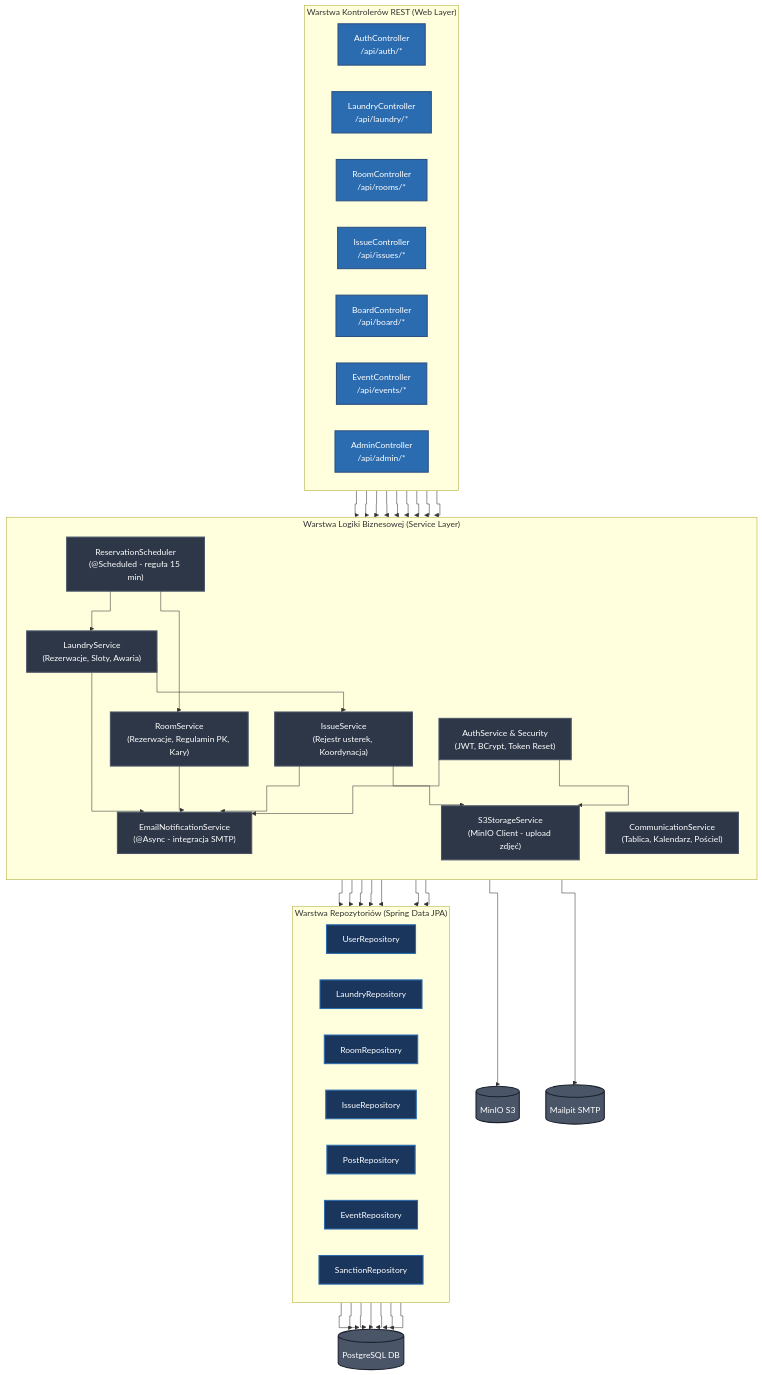
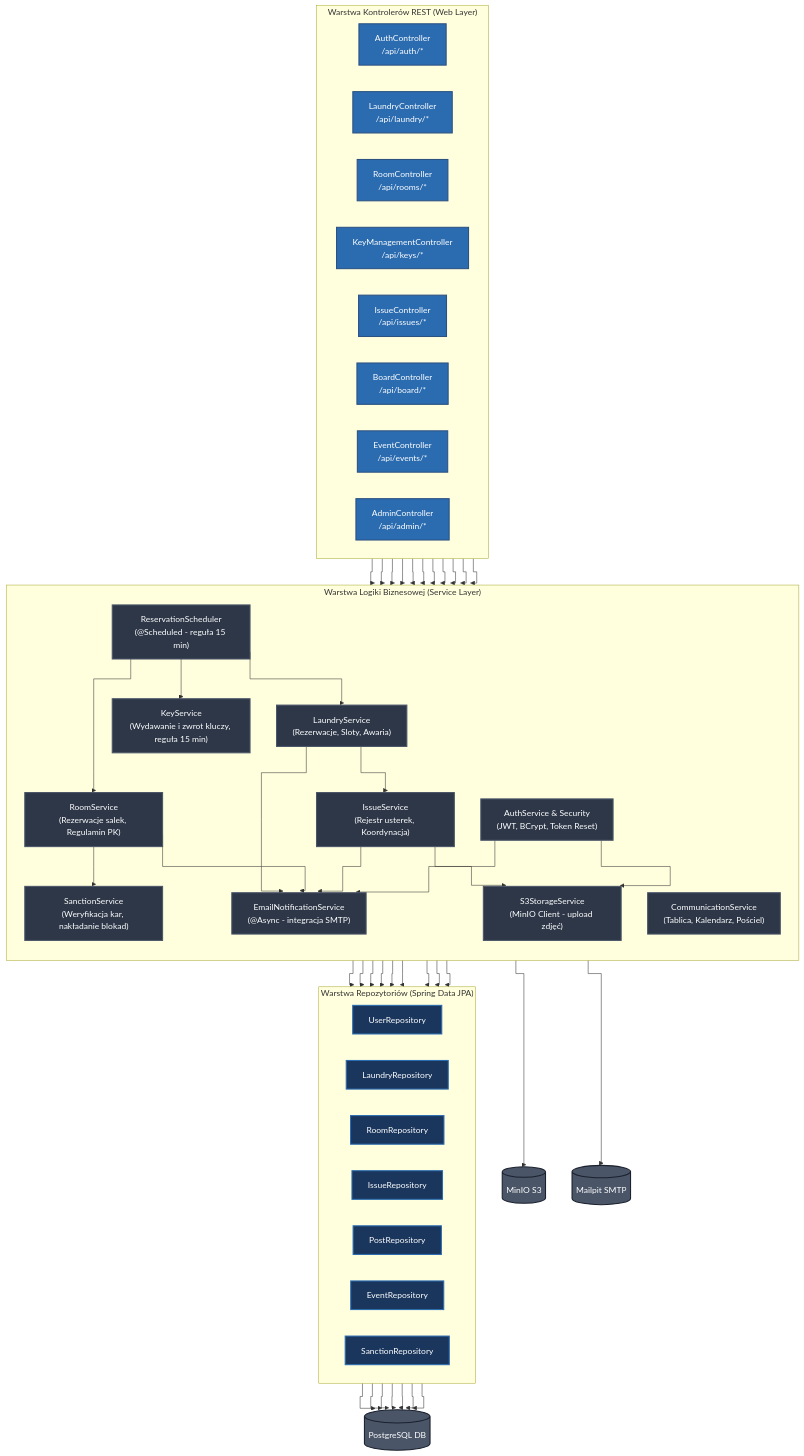
The third of 3 diagrams in Docs/Diagram_Komponentow_C4.md (Buczy8/PKampus), drawn with Mermaid before and after one commit.

Commit message:
docs: update C4 diagram to include KeyManagementController and KeyService, enhancing clarity on key management interactions

```diff
--- a/Docs/Diagram_Komponentow_C4.md
+++ b/Docs/Diagram_Komponentow_C4.md
@@ -103,6 +103,7 @@
         C_AUTH["AuthController<br/>/api/auth/*"]:::ctrlStyle
         C_LAUND["LaundryController<br/>/api/laundry/*"]:::ctrlStyle
         C_ROOM["RoomController<br/>/api/rooms/*"]:::ctrlStyle
+        C_KEY["KeyManagementController<br/>/api/keys/*"]:::ctrlStyle
         C_ISSUE["IssueController<br/>/api/issues/*"]:::ctrlStyle
         C_BOARD["BoardController<br/>/api/board/*"]:::ctrlStyle
         C_EVENT["EventController<br/>/api/events/*"]:::ctrlStyle
@@ -113,7 +114,9 @@
         direction TB
         S_AUTH["AuthService & Security<br/>(JWT, BCrypt, Token Reset)"]:::svcStyle
         S_LAUND["LaundryService<br/>(Rezerwacje, Sloty, Awaria)"]:::svcStyle
-        S_ROOM["RoomService<br/>(Rezerwacje, Regulamin PK, Kary)"]:::svcStyle
+        S_ROOM["RoomService<br/>(Rezerwacje salek, Regulamin PK)"]:::svcStyle
+        S_KEY["KeyService<br/>(Wydawanie i zwrot kluczy, reguła 15 min)"]:::svcStyle
+        S_SANC["SanctionService<br/>(Weryfikacja kar, nakładanie blokad)"]:::svcStyle
         S_ISSUE["IssueService<br/>(Rejestr usterek, Koordynacja)"]:::svcStyle
         S_COMM["CommunicationService<br/>(Tablica, Kalendarz, Pościel)"]:::svcStyle
         S_SCHED["ReservationScheduler<br/>(@Scheduled - reguła 15 min)"]:::svcStyle
@@ -140,14 +143,17 @@
     C_AUTH --> S_AUTH
     C_LAUND --> S_LAUND
     C_ROOM --> S_ROOM
+    C_KEY --> S_KEY
     C_ISSUE --> S_ISSUE
     C_BOARD --> S_COMM
     C_EVENT --> S_COMM
     C_ADMIN --> S_AUTH
     C_ADMIN --> S_LAUND
     C_ADMIN --> S_ROOM
+    C_ADMIN --> S_SANC
 
     %% Koordynacja między serwisami
+    S_ROOM --> S_SANC
     S_LAUND --> S_ISSUE
     S_LAUND --> S_MAIL
     S_ROOM --> S_MAIL
@@ -155,6 +161,7 @@
     S_ISSUE --> S_MAIL
     S_AUTH --> S_MAIL
     S_AUTH --> S_S3
+    S_SCHED --> S_KEY
     S_SCHED --> S_LAUND
     S_SCHED --> S_ROOM
 
@@ -162,7 +169,9 @@
     S_AUTH --> R_USER
     S_LAUND --> R_LAUND
     S_ROOM --> R_ROOM
-    S_ROOM --> R_SANC
+    S_KEY --> R_LAUND
+    S_KEY --> R_ROOM
+    S_SANC --> R_SANC
     S_ISSUE --> R_ISSUE
     S_COMM --> R_POST
     S_COMM --> R_EVENT
```
